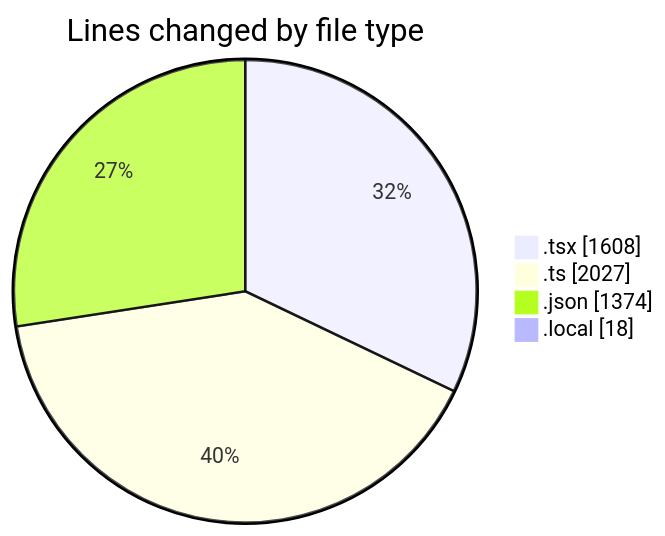
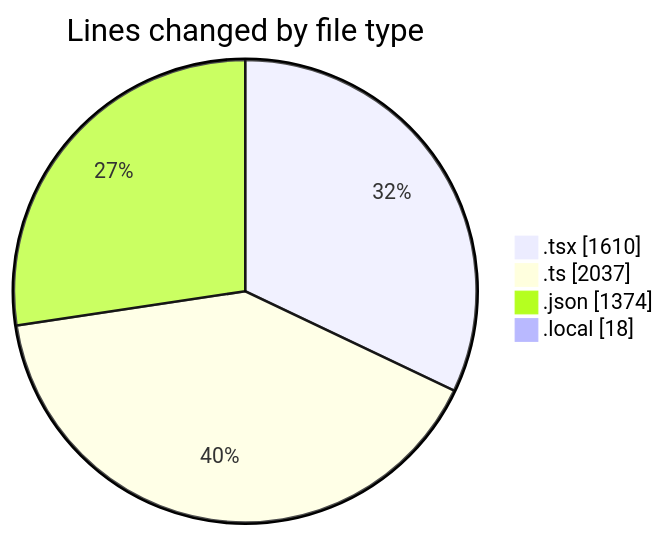
The first of 2 diagrams in 2025-10-16/eventscop-frontend-guide__workspace_/README.md (julien-gomy/code-tracking), drawn with Mermaid before and after one commit. The commit also changed other lines of this file and 1 other file, not shown here.

````diff
--- a/2025-10-16/eventscop-frontend-guide__workspace_/README.md
+++ b/2025-10-16/eventscop-frontend-guide__workspace_/README.md
@@ -47,8 +47,8 @@
 ```mermaid
 pie showData
 title Lines changed by file type
-".tsx" : 1608
-".ts" : 2027
+".tsx" : 1610
+".ts" : 2037
 ".json" : 1374
 ".local" : 18
 ```
````
